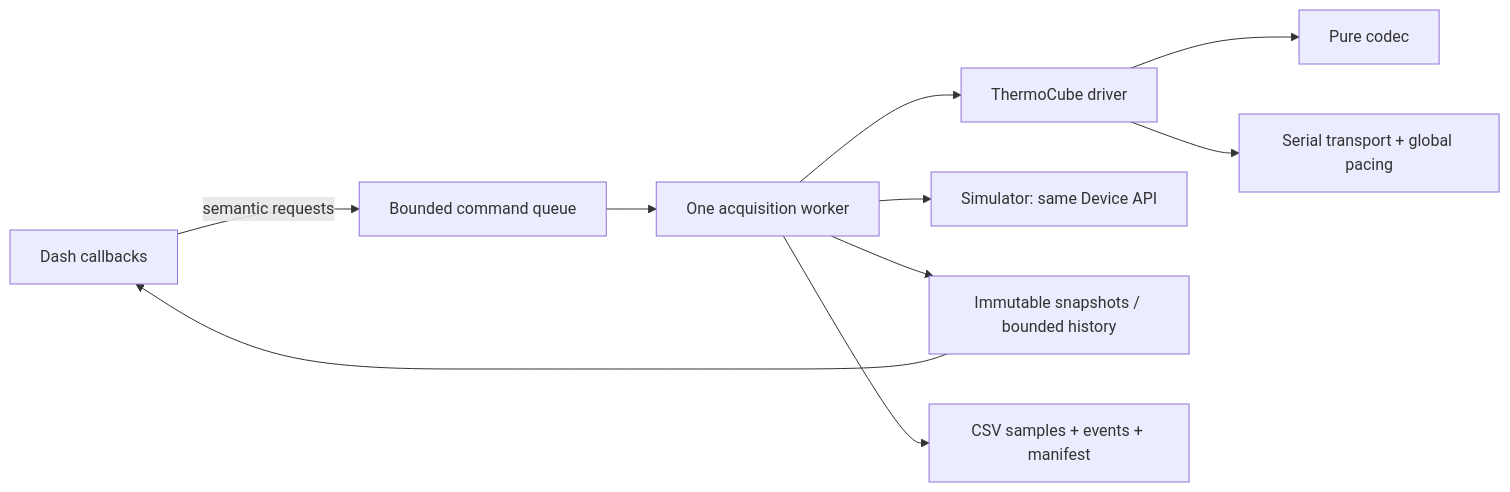
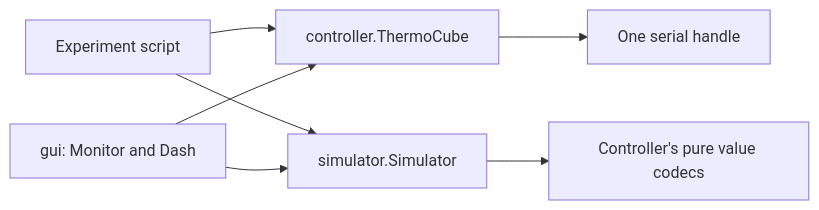
One commit to cct1123/thermocube-control changed the diagram in ARCHITECTURE.md. Above: the diagram before and after it, drawn with Mermaid. The commit also changed other lines of this file and 42 other files, not shown here.

Commit message:
Simplify ThermoCube into controller, simulator and GUI modules

````diff
--- a/ARCHITECTURE.md
+++ b/ARCHITECTURE.md
@@ -6,12 +12,9 @@
-~~~mermaid
+```mermaid
 flowchart LR
-    GUI[Dash callbacks] -->|semantic requests| QUEUE[Bounded command queue]
-    QUEUE --> WORKER[One acquisition worker]
-    WORKER --> DRIVER[ThermoCube driver]
-    WORKER --> SIM[Simulator: same Device API]
-    DRIVER --> CODEC[Pure codec]
-    DRIVER --> SERIAL[Serial transport + global pacing]
-    WORKER --> HISTORY[Immutable snapshots / bounded history]
-    HISTORY --> GUI
-    WORKER --> CSV[CSV samples + events + manifest]
-~~~
+    Experiment[Experiment script] --> Controller[controller.ThermoCube]
+    Experiment --> Simulator[simulator.Simulator]
+    GUI[gui: Monitor and Dash] --> Controller
+    GUI --> Simulator
+    Controller --> Port[One serial handle]
+    Simulator --> Codec[Controller's pure value codecs]
+```
````
